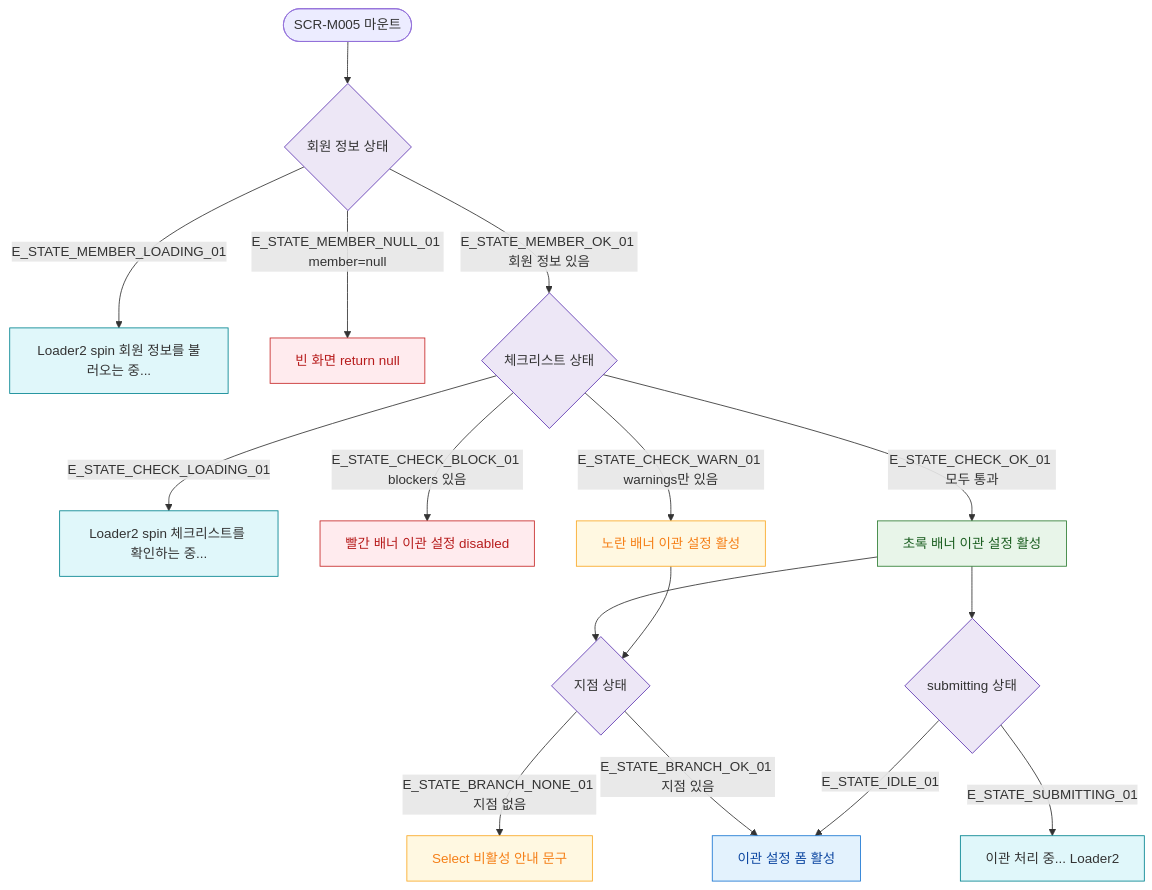
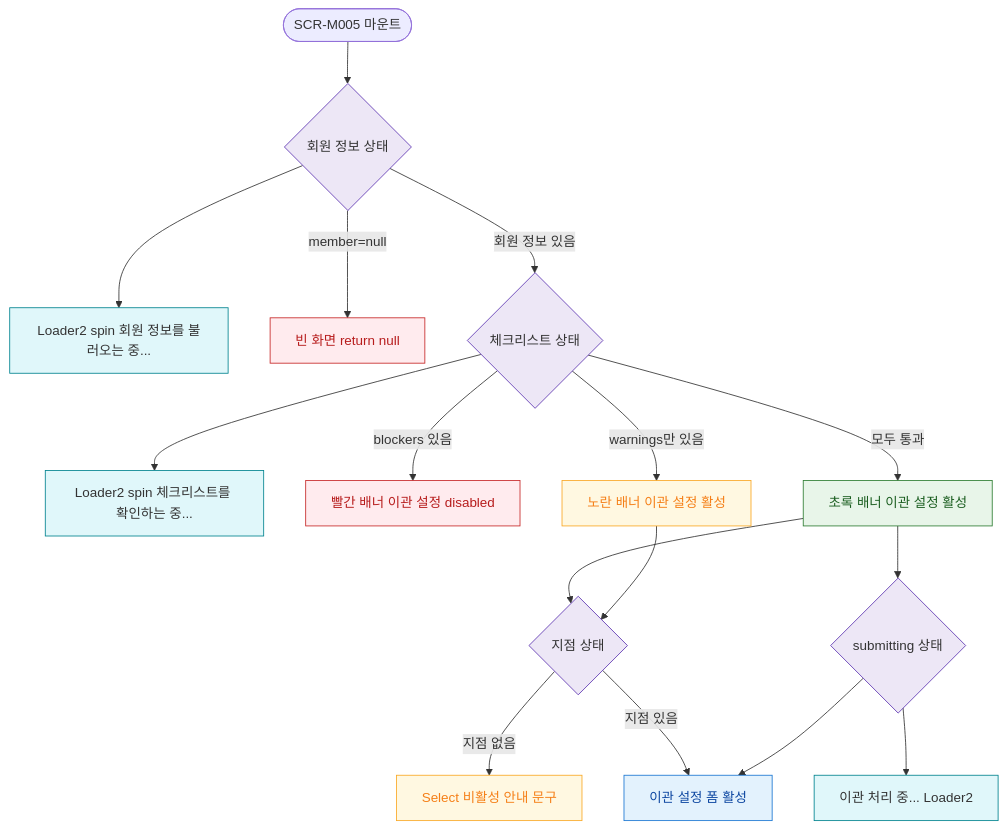
The diagram in docs/다이어그램/D02_회원관리/SCR-M005_회원이관/F6_상태별화면.md (dev-spogym/admin-pando), drawn with Mermaid before and after one commit. The commit also changed other lines of this file and 1660 other files, not shown here.

First line of the commit message:
다이어그램: 기획자/클라이언트 납품본으로 정리

````diff
--- a/docs/다이어그램/D02_회원관리/SCR-M005_회원이관/F6_상태별화면.md
+++ b/docs/다이어그램/D02_회원관리/SCR-M005_회원이관/F6_상태별화면.md
@@ -22,38 +20,38 @@
 ```mermaid
 flowchart TD
   MOUNT([SCR-M005 마운트])
 
   MOUNT --> STATE_MEMBER{회원 정보 상태}
 
-  STATE_MEMBER -->|E_STATE_MEMBER_LOADING_01| UI_MEMBER_LOADING[Loader2 spin 회원 정보를 불러오는 중...]
-  STATE_MEMBER -->|E_STATE_MEMBER_NULL_01 member=null| UI_NULL[빈 화면 return null]
-  STATE_MEMBER -->|E_STATE_MEMBER_OK_01 회원 정보 있음| STATE_CHECK{체크리스트 상태}
+  STATE_MEMBER --> UI_MEMBER_LOADING[Loader2 spin 회원 정보를 불러오는 중...]
+  STATE_MEMBER -->|member=null|UI_NULL[빈 화면 return null]
+  STATE_MEMBER -->|회원 정보 있음|STATE_CHECK{체크리스트 상태}
 
-  STATE_CHECK -->|E_STATE_CHECK_LOADING_01| UI_CHECK_LOADING[Loader2 spin 체크리스트를 확인하는 중...]
-  STATE_CHECK -->|E_STATE_CHECK_BLOCK_01 blockers 있음| UI_BLOCK[빨간 배너 이관 설정 disabled]
-  STATE_CHECK -->|E_STATE_CHECK_WARN_01 warnings만 있음| UI_WARN[노란 배너 이관 설정 활성]
-  STATE_CHECK -->|E_STATE_CHECK_OK_01 모두 통과| UI_OK[초록 배너 이관 설정 활성]
+  STATE_CHECK --> UI_CHECK_LOADING[Loader2 spin 체크리스트를 확인하는 중...]
+  STATE_CHECK -->|blockers 있음|UI_BLOCK[빨간 배너 이관 설정 disabled]
+  STATE_CHECK -->|warnings만 있음|UI_WARN[노란 배너 이관 설정 활성]
+  STATE_CHECK -->|모두 통과|UI_OK[초록 배너 이관 설정 활성]
 
   UI_OK --> STATE_BRANCH{지점 상태}
   UI_WARN --> STATE_BRANCH
-  STATE_BRANCH -->|E_STATE_BRANCH_NONE_01 지점 없음| UI_BRANCH_NONE[Select 비활성 안내 문구]
-  STATE_BRANCH -->|E_STATE_BRANCH_OK_01 지점 있음| UI_READY[이관 설정 폼 활성]
+  STATE_BRANCH -->|지점 없음|UI_BRANCH_NONE[Select 비활성 안내 문구]
+  STATE_BRANCH -->|지점 있음|UI_READY[이관 설정 폼 활성]
 
   UI_OK --> STATE_SUBMIT{submitting 상태}
-  STATE_SUBMIT -->|E_STATE_SUBMITTING_01| UI_SUBMITTING[이관 처리 중... Loader2]
-  STATE_SUBMIT -->|E_STATE_IDLE_01| UI_READY
+  STATE_SUBMIT --> UI_SUBMITTING[이관 처리 중... Loader2]
+  STATE_SUBMIT --> UI_READY
 
-  classDef screen  fill:#E3F2FD,stroke:#1976D2,color:#0D47A1
-  classDef system  fill:#EDE7F6,stroke:#5E35B2
-  classDef error   fill:#FFEBEE,stroke:#C62828,color:#B71C1C
+  classDef screen fill:#E3F2FD,stroke:#1976D2,color:#0D47A1
+  classDef system fill:#EDE7F6,stroke:#5E35B2
+  classDef error fill:#FFEBEE,stroke:#C62828,color:#B71C1C
   classDef warning fill:#FFF8E1,stroke:#F9A825,color:#F57F17
   classDef success fill:#E8F5E9,stroke:#2E7D32,color:#1B5E20
-  classDef info    fill:#E0F7FA,stroke:#00838F
+  classDef info fill:#E0F7FA,stroke:#00838F
 
   class UI_READY screen
   class STATE_MEMBER,STATE_CHECK,STATE_BRANCH,STATE_SUBMIT system
   class UI_BLOCK,UI_NULL error
   class UI_WARN,UI_BRANCH_NONE warning
   class UI_OK success
   class UI_MEMBER_LOADING,UI_CHECK_LOADING,UI_SUBMITTING info
 ```
````
